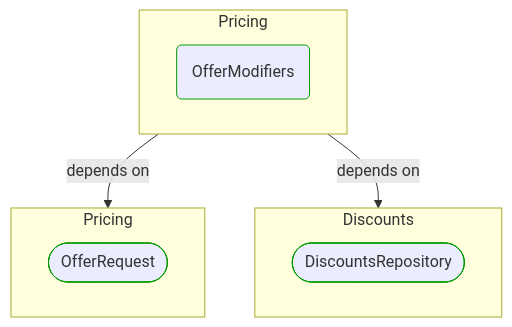
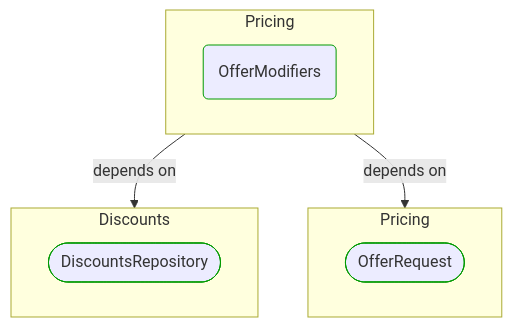
One commit to itlibrium/DDD-starter-dotnet changed the diagram in Docs/P3/MermaidOutput/BuildingBlocks/Sales/Pricing/OfferModifiers.md. Above: the diagram before and after it, drawn with Mermaid. The commit also changed 78 other files, not shown here.

````diff
--- a/Docs/P3/MermaidOutput/BuildingBlocks/Sales/Pricing/OfferModifiers.md
+++ b/Docs/P3/MermaidOutput/BuildingBlocks/Sales/Pricing/OfferModifiers.md
@@ -18,20 +18,20 @@
 ```mermaid
   flowchart TB
     subgraph 0["Pricing"]
       1(OfferModifiers)
       class 1 DomainPerspective
     end
-    subgraph 2["Pricing"]
-      3([OfferRequest])
+    subgraph 2["Discounts"]
+      3([DiscountsRepository])
       class 3 DomainPerspective
     end
-    subgraph 4["Discounts"]
-      5([DiscountsRepository])
+    subgraph 4["Pricing"]
+      5([OfferRequest])
       class 5 DomainPerspective
     end
     0-->|depends on|2
     0-->|depends on|4
     classDef DomainPerspective stroke:#009900
     classDef TechnologyPerspective stroke:#1F41EB
     classDef PeoplePerspective stroke:#FFF014
 ```
````
